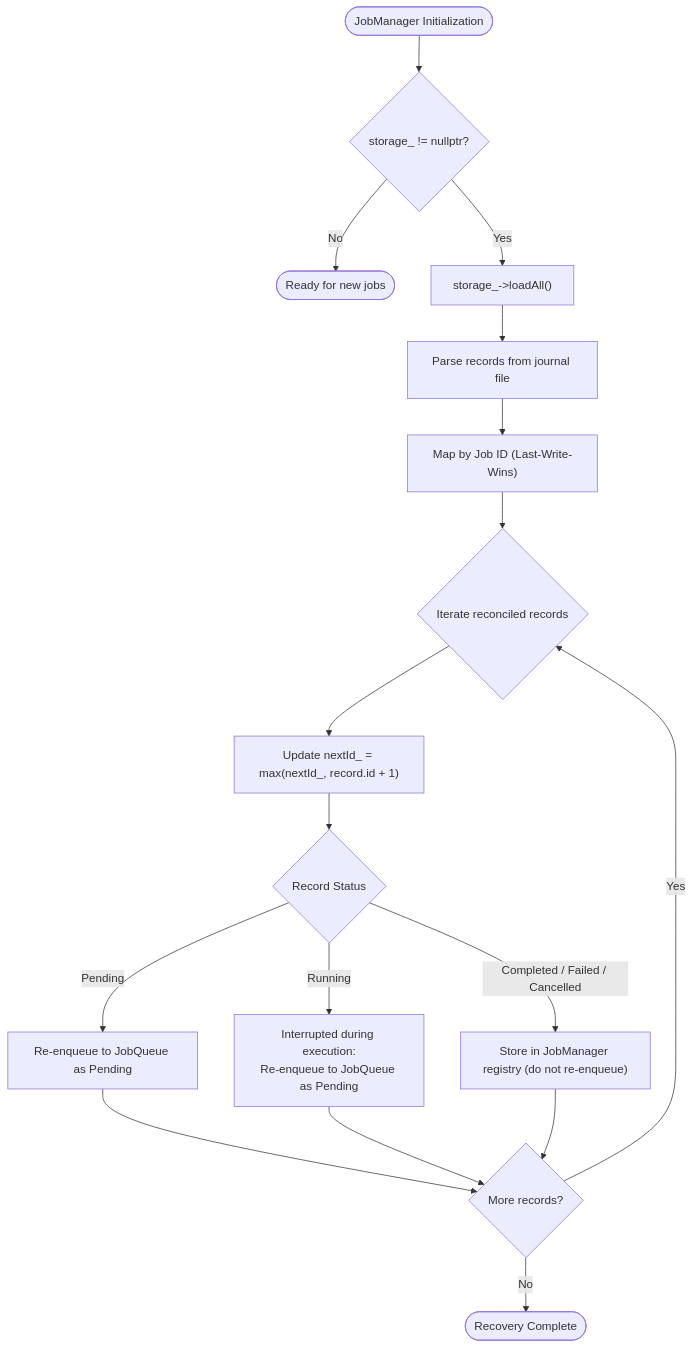
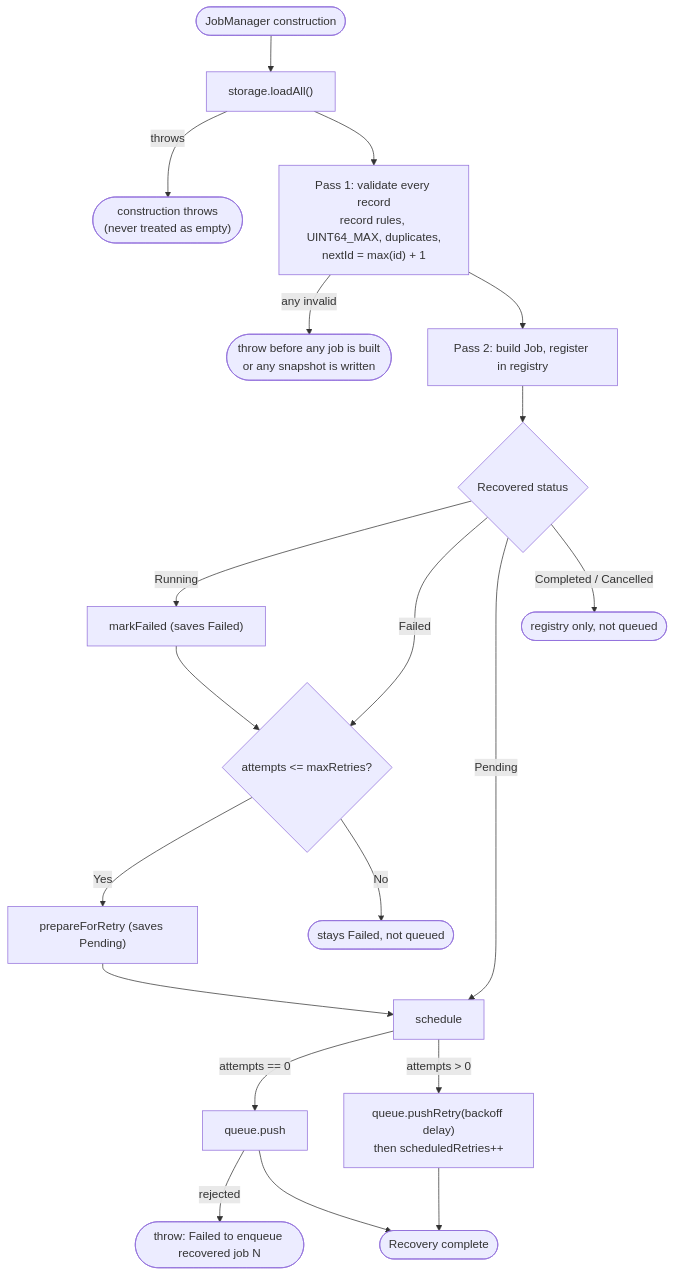
One commit to chaten99/JobQ changed the second of 2 diagrams in docs/persistence-and-recovery.md. Above: the diagram before and after it, drawn with Mermaid. The commit also changed other lines of this file and 18 other files, not shown here.

````diff
--- a/docs/persistence-and-recovery.md
+++ b/docs/persistence-and-recovery.md
@@ -97,24 +88,22 @@
 ```mermaid
 flowchart TD
-    Start(["JobManager Initialization"]) --> CheckStorage{"storage_ != nullptr?"}
-    CheckStorage -->|No| Done(["Ready for new jobs"])
-    CheckStorage -->|Yes| LoadRecords["storage_->loadAll()"]
-
-    LoadRecords --> ParseLines["Parse records from journal file"]
-    ParseLines --> ReconcileMap["Map by Job ID (Last-Write-Wins)"]
-
-    ReconcileMap --> Loop{"Iterate reconciled records"}
-    Loop --> UpdateID["Update nextId_ = max(nextId_, record.id + 1)"]
-
-    UpdateID --> StateCheck{"Record Status"}
-    StateCheck -->|Pending| Enqueue["Re-enqueue to JobQueue as Pending"]
-    StateCheck -->|Running| Interrupted["Interrupted during execution:<br>Re-enqueue to JobQueue as Pending"]
-    StateCheck -->|Completed / Failed / Cancelled| Inactive["Store in JobManager registry (do not re-enqueue)"]
-
-    Enqueue --> Next{"More records?"}
-    Interrupted --> Next
-    Inactive --> Next
-
-    Next -->|Yes| Loop
-    Next -->|No| Ready(["Recovery Complete"])
+    Start(["JobManager construction"]) --> Load["storage.loadAll()"]
+    Load -->|throws| Fail1(["construction throws<br>(never treated as empty)"])
+    Load --> Validate["Pass 1: validate every record<br>record rules, UINT64_MAX, duplicates,<br>nextId = max(id) + 1"]
+    Validate -->|any invalid| Fail2(["throw before any job is built<br>or any snapshot is written"])
+    Validate --> Build["Pass 2: build Job, register in registry"]
+    Build --> State{"Recovered status"}
+    State -->|Running| Interrupt["markFailed (saves Failed)"]
+    Interrupt --> CanRetry
+    State -->|Failed| CanRetry{"attempts <= maxRetries?"}
+    CanRetry -->|Yes| Prep["prepareForRetry (saves Pending)"]
+    CanRetry -->|No| Terminal(["stays Failed, not queued"])
+    State -->|Pending| Schedule
+    Prep --> Schedule["schedule"]
+    State -->|Completed / Cancelled| Restored(["registry only, not queued"])
+    Schedule -->|"attempts == 0"| Push["queue.push"]
+    Schedule -->|"attempts > 0"| PushRetry["queue.pushRetry(backoff delay)<br>then scheduledRetries++"]
+    Push -->|rejected| Fail3(["throw: Failed to enqueue recovered job N"])
+    PushRetry --> Ready(["Recovery complete"])
+    Push --> Ready
 ```
````
